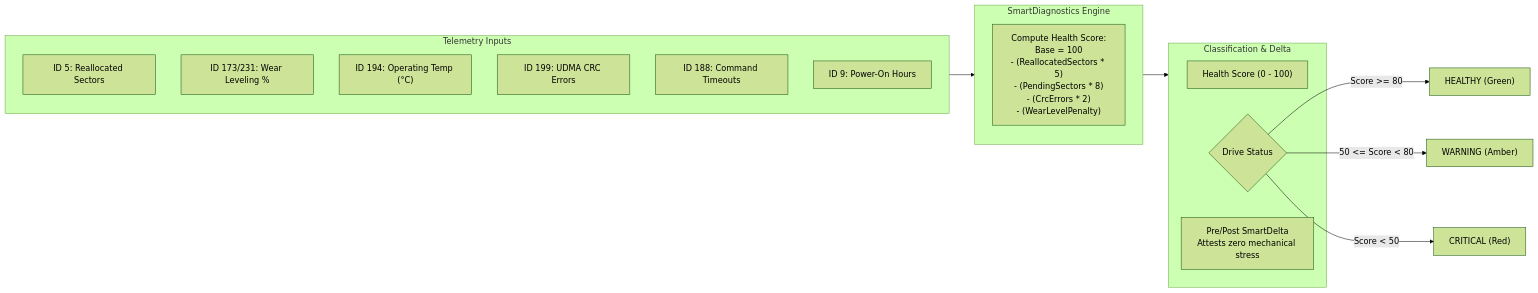
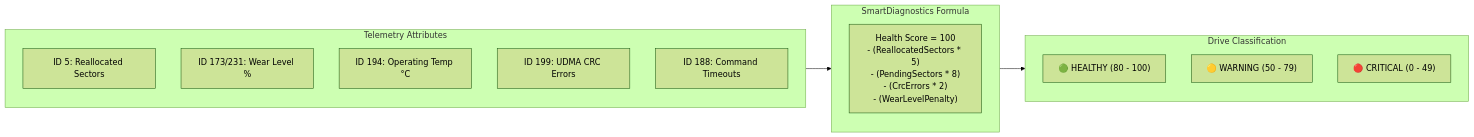
One commit to pranaash31/Secure-Data-Wiping changed the sixth of 24 diagrams in PROJECT_STUDY_GUIDE.md. Above: the diagram before and after it, drawn with Mermaid (forest theme). The commit also changed other lines of this file, not shown here.

````diff
--- a/PROJECT_STUDY_GUIDE.md
+++ b/PROJECT_STUDY_GUIDE.md
@@ -321,27 +287,22 @@
 ```mermaid
 flowchart LR
-    subgraph INPUTS["Telemetry Inputs"]
-        A5["ID 5: Reallocated Sectors"]
-        A173["ID 173/231: Wear Leveling %"]
-        A194["ID 194: Operating Temp (°C)"]
-        A199["ID 199: UDMA CRC Errors"]
-        A188["ID 188: Command Timeouts"]
-        A9["ID 9: Power-On Hours"]
+    subgraph INPUTS["Telemetry Attributes"]
+        I1["ID 5: Reallocated Sectors"]
+        I2["ID 173/231: Wear Level %"]
+        I3["ID 194: Operating Temp °C"]
+        I4["ID 199: UDMA CRC Errors"]
+        I5["ID 188: Command Timeouts"]
     end
 
-    subgraph ENGINE["SmartDiagnostics Engine"]
-        CALC["Compute Health Score:\nBase = 100\n- (ReallocatedSectors * 5)\n- (PendingSectors * 8)\n- (CrcErrors * 2)\n- (WearLevelPenalty)"]
+    subgraph MATH["SmartDiagnostics Formula"]
+        F["Health Score = 100\n- (ReallocatedSectors * 5)\n- (PendingSectors * 8)\n- (CrcErrors * 2)\n- (WearLevelPenalty)"]
     end
 
-    subgraph OUTPUTS["Classification & Delta"]
-        SCORE["Health Score (0 - 100)"]
-        CLASS{"Drive Status"}
-        DELTA["Pre/Post SmartDelta\nAttests zero mechanical stress"]
+    subgraph TIERS["Drive Classification"]
+        T_OK["🟢 HEALTHY (80 - 100)"]
+        T_WARN["🟡 WARNING (50 - 79)"]
+        T_CRIT["🔴 CRITICAL (0 - 49)"]
     end
 
-    INPUTS --> ENGINE
-    ENGINE --> OUTPUTS
-    CLASS -->|Score >= 80| H_OK["HEALTHY (Green)"]
-    CLASS -->|50 <= Score < 80| H_WARN["WARNING (Amber)"]
-    CLASS -->|Score < 50| H_CRIT["CRITICAL (Red)"]
+    INPUTS --> MATH --> TIERS
 ```
````
